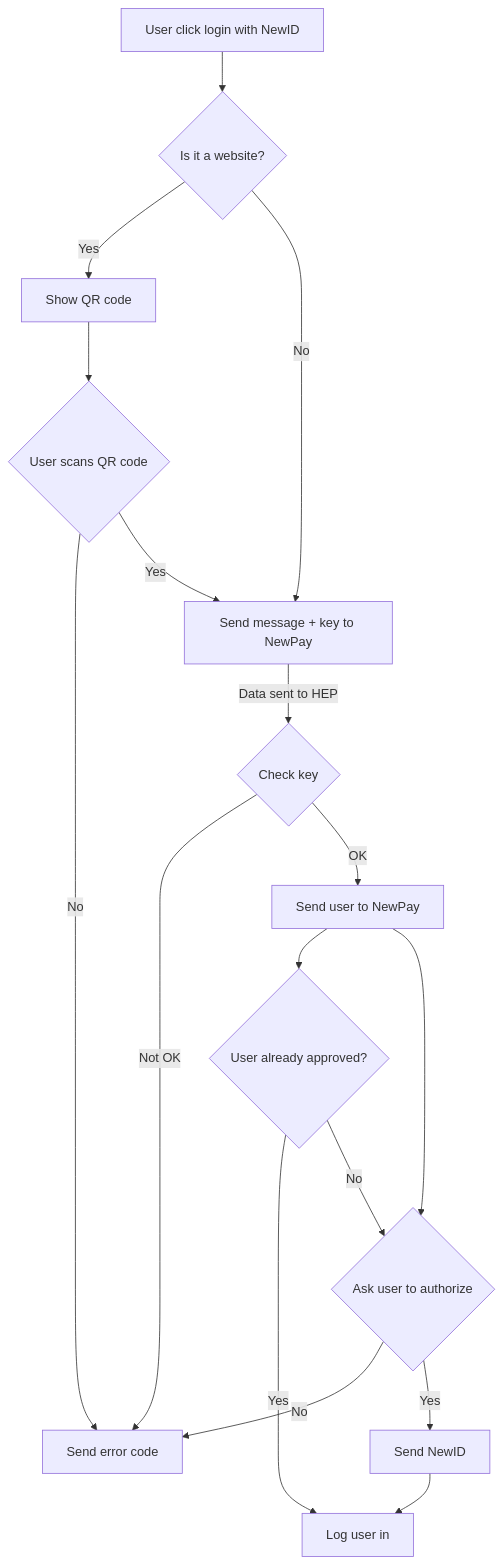
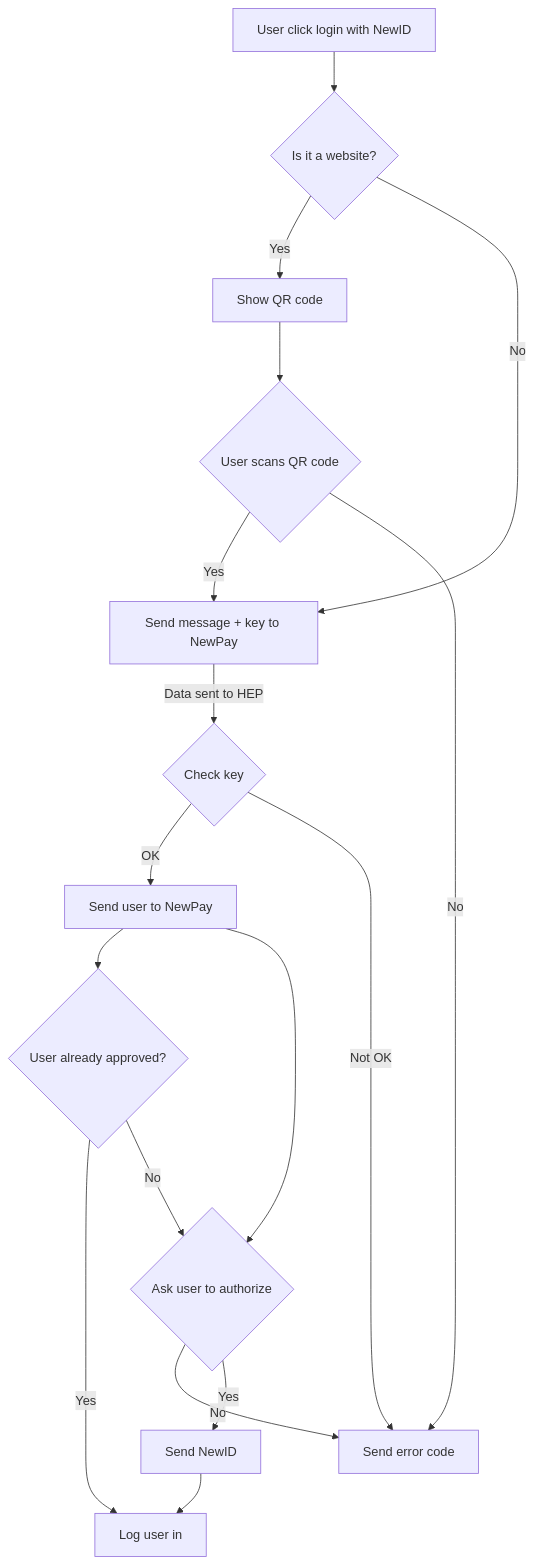
One commit to newtonproject/HEP-specification changed the diagram in login_flowchart.md. Above: the diagram before and after it, drawn with Mermaid. The commit also changed other lines of this file, not shown here.

````diff
--- a/login_flowchart.md
+++ b/login_flowchart.md
@@ -1,20 +1,20 @@
 ```mermaid
 graph TD
 Click[User click login with NewID] --> web_check{Is it a website?}
 web_check--> |Yes| qr[Show QR code]
 web_check--> |No| send_req_newpay
 qr --> user_scan{User scans QR code}
+user_scan-->|Yes| send_req_newpay
 user_scan-->|No| Err
-user_scan-->|Yes| send_req_newpay
 send_req_newpay[Send message + key to NewPay];
 send_req_newpay --> |Data sent to HEP| check_key{Check key}
+check_key -->|OK| redirect_newpay[Send user to NewPay]
 check_key -->|Not OK| Err[Send error code]
-check_key -->|OK| redirect_newpay[Send user to NewPay]
 redirect_newpay --> user_exist{User already approved?}
 user_exist-->|Yes| login_user
 user_exist-->|No| user_auth_ask{Ask user to authorize}
 redirect_newpay --> user_auth_ask
 user_auth_ask-->|No| Err
 user_auth_ask-->|Yes| send_newid[Send NewID]
 send_newid --> login_user[Log user in]
 ```
````
